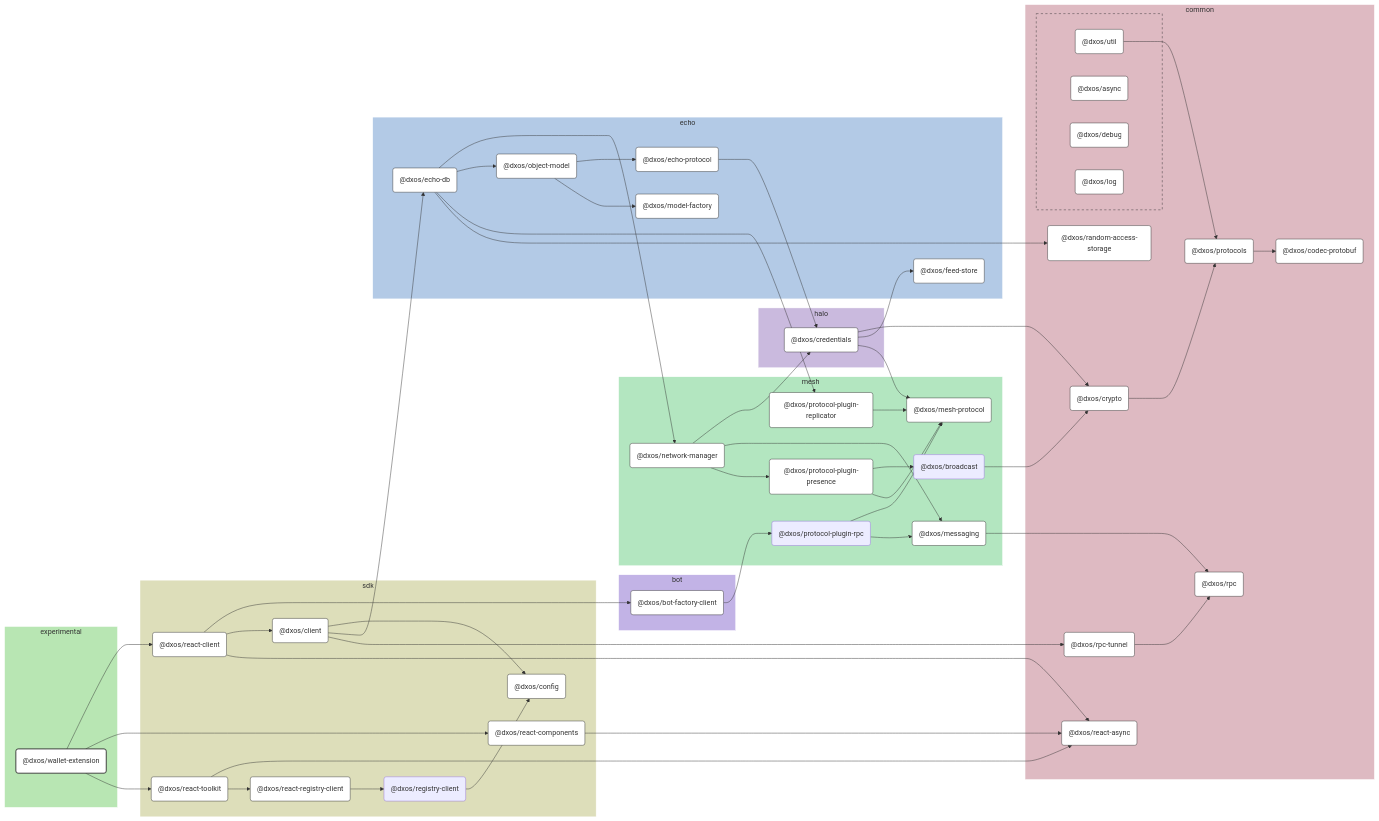
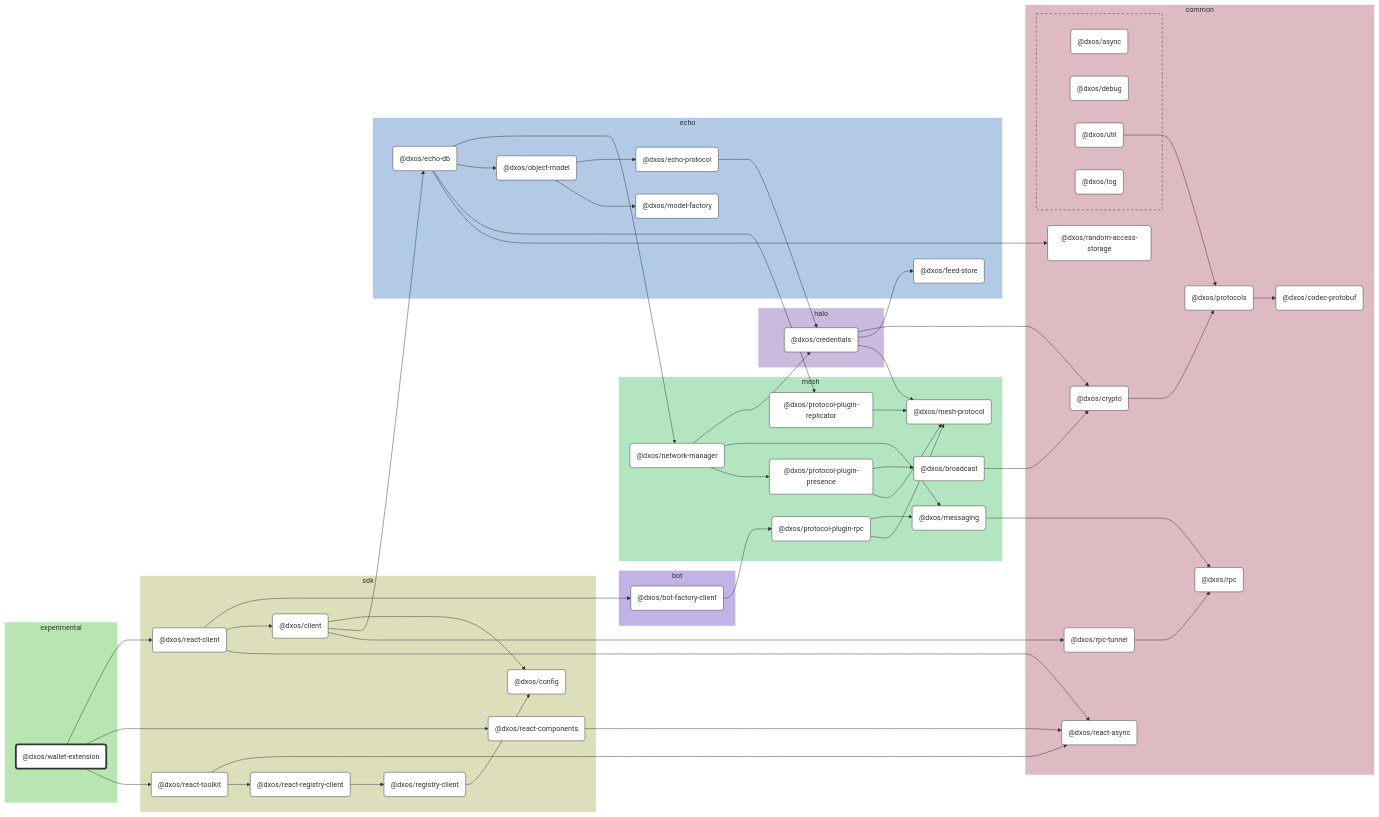
Before and after one commit to dxos/dxos: the diagram in apps/experimental/wallet-extension/docs/README.md, drawn with Mermaid. The commit also changed other lines of this file and 104 other files, not shown here.

````diff
--- a/apps/experimental/wallet-extension/docs/README.md
+++ b/apps/experimental/wallet-extension/docs/README.md
@@ -9,187 +9,149 @@
 
 flowchart LR
 
-%% Links
-dxos/bot-factory-client --> dxos/protocol-plugin-rpc;
-dxos/broadcast --> dxos/crypto;
-dxos/client --> dxos/config;
-dxos/client --> dxos/echo-db;
-dxos/client --> dxos/rpc-tunnel;
-dxos/credentials --> dxos/crypto;
-dxos/credentials --> dxos/feed-store;
-dxos/credentials --> dxos/mesh-protocol;
-dxos/crypto --> dxos/protocols;
-dxos/echo-db --> dxos/network-manager;
-dxos/echo-db --> dxos/object-model;
-dxos/echo-db --> dxos/protocol-plugin-replicator;
-dxos/echo-db --> dxos/random-access-storage;
-dxos/echo-protocol --> dxos/credentials;
-dxos/messaging --> dxos/rpc;
-dxos/network-manager --> dxos/credentials;
-dxos/network-manager --> dxos/messaging;
-dxos/network-manager --> dxos/protocol-plugin-presence;
-dxos/object-model --> dxos/echo-protocol;
-dxos/object-model --> dxos/model-factory;
-dxos/protocol-plugin-presence --> dxos/broadcast;
-dxos/protocol-plugin-presence --> dxos/mesh-protocol;
-dxos/protocol-plugin-replicator --> dxos/mesh-protocol;
-dxos/protocol-plugin-rpc --> dxos/mesh-protocol;
-dxos/protocol-plugin-rpc --> dxos/messaging;
-dxos/protocols --> dxos/codec-protobuf;
-dxos/react-client --> dxos/bot-factory-client;
-dxos/react-client --> dxos/client;
-dxos/react-client --> dxos/react-async;
-dxos/react-components --> dxos/react-async;
-dxos/react-registry-client --> dxos/registry-client;
-dxos/react-toolkit --> dxos/react-async;
-dxos/react-toolkit --> dxos/react-registry-client;
-dxos/registry-client --> dxos/config;
-dxos/rpc-tunnel --> dxos/rpc;
-dxos/util --> dxos/protocols;
-dxos/wallet-extension --> dxos/react-client;
-dxos/wallet-extension --> dxos/react-components;
-dxos/wallet-extension --> dxos/react-toolkit;
+%% Classes
+classDef def fill:#fff,stroke:#333,stroke-width:1px
+classDef root fill:#fff,stroke:#333,stroke-width:4px
 
-%% Sections
-subgraph experimental
-  style experimental fill:#b8e6b3,stroke:#fff;
+%% Nodes
 
-  dxos/wallet-extension("@dxos/wallet-extension")
+subgraph experimental [experimental]
+  style experimental fill:#b8e6b3,stroke:#fff
+  dxos/wallet-extension("@dxos/wallet-extension"):::root
+  click dxos/wallet-extension "dxos/dxos/tree/main/apps/experimental/wallet-extension/docs"
 end
 
-subgraph common
-  style common fill:#debac2,stroke:#fff;
-
-  dxos/codec-protobuf("@dxos/codec-protobuf")
-  dxos/crypto("@dxos/crypto")
-  dxos/protocols("@dxos/protocols")
-  dxos/random-access-storage("@dxos/random-access-storage")
-  dxos/react-async("@dxos/react-async")
-  dxos/rpc("@dxos/rpc")
-  dxos/rpc-tunnel("@dxos/rpc-tunnel")
+subgraph common [common]
+  style common fill:#debac2,stroke:#fff
+  dxos/codec-protobuf("@dxos/codec-protobuf"):::def
+  click dxos/codec-protobuf "dxos/dxos/tree/main/packages/common/codec-protobuf/docs"
+  dxos/protocols("@dxos/protocols"):::def
+  click dxos/protocols "dxos/dxos/tree/main/packages/common/protocols/docs"
+  dxos/crypto("@dxos/crypto"):::def
+  click dxos/crypto "dxos/dxos/tree/main/packages/common/crypto/docs"
+  dxos/rpc("@dxos/rpc"):::def
+  click dxos/rpc "dxos/dxos/tree/main/packages/common/rpc/docs"
+  dxos/random-access-storage("@dxos/random-access-storage"):::def
+  click dxos/random-access-storage "dxos/dxos/tree/main/packages/common/random-access-storage/docs"
+  dxos/rpc-tunnel("@dxos/rpc-tunnel"):::def
+  click dxos/rpc-tunnel "dxos/dxos/tree/main/packages/common/rpc-tunnel/docs"
+  dxos/react-async("@dxos/react-async"):::def
+  click dxos/react-async "dxos/dxos/tree/main/packages/common/react-async/docs"
 
   subgraph common-excluded [ ]
-    style common-excluded fill:#debac2,stroke:#333,stroke-dasharray:5 5;
-
-    dxos/async("@dxos/async")
-    dxos/debug("@dxos/debug")
-    dxos/log("@dxos/log")
-    dxos/util("@dxos/util")
+    style common-excluded fill:#debac2,stroke:#333,stroke-dasharray:5 5
+    dxos/async("@dxos/async"):::def
+    click dxos/async "dxos/dxos/tree/main/packages/common/async/docs"
+    dxos/debug("@dxos/debug"):::def
+    click dxos/debug "dxos/dxos/tree/main/packages/common/debug/docs"
+    dxos/util("@dxos/util"):::def
+    click dxos/util "dxos/dxos/tree/main/packages/common/util/docs"
+    dxos/log("@dxos/log"):::def
+    click dxos/log "dxos/dxos/tree/main/packages/common/log/docs"
   end
 end
 
-subgraph sdk
-  style sdk fill:#dddeba,stroke:#fff;
-
-  dxos/client("@dxos/client")
-  dxos/config("@dxos/config")
-  dxos/react-client("@dxos/react-client")
-  dxos/react-components("@dxos/react-components")
-  dxos/react-registry-client("@dxos/react-registry-client")
-  dxos/react-toolkit("@dxos/react-toolkit")
-  dxos/registry-client("@dxos/registry-client")
+subgraph sdk [sdk]
+  style sdk fill:#dddeba,stroke:#fff
+  dxos/client("@dxos/client"):::def
+  click dxos/client "dxos/dxos/tree/main/packages/sdk/client/docs"
+  dxos/config("@dxos/config"):::def
+  click dxos/config "dxos/dxos/tree/main/packages/sdk/config/docs"
+  dxos/react-client("@dxos/react-client"):::def
+  click dxos/react-client "dxos/dxos/tree/main/packages/sdk/react-client/docs"
+  dxos/react-components("@dxos/react-components"):::def
+  click dxos/react-components "dxos/dxos/tree/main/packages/sdk/react-components/docs"
+  dxos/react-toolkit("@dxos/react-toolkit"):::def
+  click dxos/react-toolkit "dxos/dxos/tree/main/packages/sdk/react-toolkit/docs"
+  dxos/react-registry-client("@dxos/react-registry-client"):::def
+  click dxos/react-registry-client "dxos/dxos/tree/main/packages/sdk/react-registry-client/docs"
+  dxos/registry-client("@dxos/registry-client"):::def
+  click dxos/registry-client "dxos/dxos/tree/main/packages/sdk/registry-client/docs"
 end
 
-subgraph echo
-  style echo fill:#b3cae6,stroke:#fff;
-
-  dxos/echo-db("@dxos/echo-db")
-  dxos/echo-protocol("@dxos/echo-protocol")
-  dxos/feed-store("@dxos/feed-store")
-  dxos/model-factory("@dxos/model-factory")
-  dxos/object-model("@dxos/object-model")
+subgraph echo [echo]
+  style echo fill:#b3cae6,stroke:#fff
+  dxos/echo-db("@dxos/echo-db"):::def
+  click dxos/echo-db "dxos/dxos/tree/main/packages/echo/echo-db/docs"
+  dxos/feed-store("@dxos/feed-store"):::def
+  click dxos/feed-store "dxos/dxos/tree/main/packages/echo/feed-store/docs"
+  dxos/echo-protocol("@dxos/echo-protocol"):::def
+  click dxos/echo-protocol "dxos/dxos/tree/main/packages/echo/echo-protocol/docs"
+  dxos/model-factory("@dxos/model-factory"):::def
+  click dxos/model-factory "dxos/dxos/tree/main/packages/echo/model-factory/docs"
+  dxos/object-model("@dxos/object-model"):::def
+  click dxos/object-model "dxos/dxos/tree/main/packages/echo/object-model/docs"
 end
 
-subgraph halo
-  style halo fill:#cabade,stroke:#fff;
-
-  dxos/credentials("@dxos/credentials")
+subgraph halo [halo]
+  style halo fill:#cabade,stroke:#fff
+  dxos/credentials("@dxos/credentials"):::def
+  click dxos/credentials "dxos/dxos/tree/main/packages/halo/credentials/docs"
 end
 
-subgraph mesh
-  style mesh fill:#b3e6c0,stroke:#fff;
-
-  dxos/broadcast("@dxos/broadcast")
-  dxos/mesh-protocol("@dxos/mesh-protocol")
-  dxos/messaging("@dxos/messaging")
-  dxos/network-manager("@dxos/network-manager")
-  dxos/protocol-plugin-presence("@dxos/protocol-plugin-presence")
-  dxos/protocol-plugin-replicator("@dxos/protocol-plugin-replicator")
-  dxos/protocol-plugin-rpc("@dxos/protocol-plugin-rpc")
+subgraph mesh [mesh]
+  style mesh fill:#b3e6c0,stroke:#fff
+  dxos/mesh-protocol("@dxos/mesh-protocol"):::def
+  click dxos/mesh-protocol "dxos/dxos/tree/main/packages/mesh/mesh-protocol/docs"
+  dxos/messaging("@dxos/messaging"):::def
+  click dxos/messaging "dxos/dxos/tree/main/packages/mesh/messaging/docs"
+  dxos/network-manager("@dxos/network-manager"):::def
+  click dxos/network-manager "dxos/dxos/tree/main/packages/mesh/network-manager/docs"
+  dxos/protocol-plugin-presence("@dxos/protocol-plugin-presence"):::def
+  click dxos/protocol-plugin-presence "dxos/dxos/tree/main/packages/mesh/protocol-plugin-presence/docs"
+  dxos/broadcast("@dxos/broadcast"):::def
+  click dxos/broadcast "dxos/dxos/tree/main/packages/mesh/broadcast/docs"
+  dxos/protocol-plugin-replicator("@dxos/protocol-plugin-replicator"):::def
+  click dxos/protocol-plugin-replicator "dxos/dxos/tree/main/packages/mesh/protocol-plugin-replicator/docs"
+  dxos/protocol-plugin-rpc("@dxos/protocol-plugin-rpc"):::def
+  click dxos/protocol-plugin-rpc "dxos/dxos/tree/main/packages/mesh/protocol-plugin-rpc/docs"
 end
 
-subgraph bot
-  style bot fill:#c2b3e6,stroke:#fff;
-
-  dxos/bot-factory-client("@dxos/bot-factory-client")
+subgraph bot [bot]
+  style bot fill:#c2b3e6,stroke:#fff
+  dxos/bot-factory-client("@dxos/bot-factory-client"):::def
+  click dxos/bot-factory-client "dxos/dxos/tree/main/packages/bot/bot-factory-client/docs"
 end
 
-
-%% Hyperlinks
-click dxos/async "dxos/dxos/tree/main/packages/common/async/docs";
-click dxos/bot-factory-client "dxos/dxos/tree/main/packages/bot/bot-factory-client/docs";
-click dxos/client "dxos/dxos/tree/main/packages/sdk/client/docs";
-click dxos/codec-protobuf "dxos/dxos/tree/main/packages/common/codec-protobuf/docs";
-click dxos/config "dxos/dxos/tree/main/packages/sdk/config/docs";
-click dxos/credentials "dxos/dxos/tree/main/packages/halo/credentials/docs";
-click dxos/crypto "dxos/dxos/tree/main/packages/common/crypto/docs";
-click dxos/debug "dxos/dxos/tree/main/packages/common/debug/docs";
-click dxos/echo-db "dxos/dxos/tree/main/packages/echo/echo-db/docs";
-click dxos/echo-protocol "dxos/dxos/tree/main/packages/echo/echo-protocol/docs";
-click dxos/feed-store "dxos/dxos/tree/main/packages/echo/feed-store/docs";
-click dxos/log "dxos/dxos/tree/main/packages/common/log/docs";
-click dxos/mesh-protocol "dxos/dxos/tree/main/packages/mesh/mesh-protocol/docs";
-click dxos/messaging "dxos/dxos/tree/main/packages/mesh/messaging/docs";
-click dxos/model-factory "dxos/dxos/tree/main/packages/echo/model-factory/docs";
-click dxos/network-manager "dxos/dxos/tree/main/packages/mesh/network-manager/docs";
-click dxos/object-model "dxos/dxos/tree/main/packages/echo/object-model/docs";
-click dxos/protocol-plugin-presence "dxos/dxos/tree/main/packages/mesh/protocol-plugin-presence/docs";
-click dxos/protocol-plugin-replicator "dxos/dxos/tree/main/packages/mesh/protocol-plugin-replicator/docs";
-click dxos/protocols "dxos/dxos/tree/main/packages/common/protocols/docs";
-click dxos/random-access-storage "dxos/dxos/tree/main/packages/common/random-access-storage/docs";
-click dxos/react-async "dxos/dxos/tree/main/packages/common/react-async/docs";
-click dxos/react-client "dxos/dxos/tree/main/packages/sdk/react-client/docs";
-click dxos/react-components "dxos/dxos/tree/main/packages/sdk/react-components/docs";
-click dxos/react-registry-client "dxos/dxos/tree/main/packages/sdk/react-registry-client/docs";
-click dxos/react-toolkit "dxos/dxos/tree/main/packages/sdk/react-toolkit/docs";
-click dxos/rpc "dxos/dxos/tree/main/packages/common/rpc/docs";
-click dxos/rpc-tunnel "dxos/dxos/tree/main/packages/common/rpc-tunnel/docs";
-click dxos/util "dxos/dxos/tree/main/packages/common/util/docs";
-
-%% Styles
-classDef rootNode fill:#fff,stroke:#333,stroke-width:2px
-classDef defaultNode fill:#fff,stroke:#333,stroke-width:1px
+%% Links
 linkStyle default stroke:#333,stroke-width:1px
-
-dxos/wallet-extension:::rootNode
-
-dxos/async:::defaultNode
-dxos/bot-factory-client:::defaultNode
-dxos/client:::defaultNode
-dxos/codec-protobuf:::defaultNode
-dxos/config:::defaultNode
-dxos/credentials:::defaultNode
-dxos/crypto:::defaultNode
-dxos/debug:::defaultNode
-dxos/echo-db:::defaultNode
-dxos/echo-protocol:::defaultNode
-dxos/feed-store:::defaultNode
-dxos/log:::defaultNode
-dxos/mesh-protocol:::defaultNode
-dxos/messaging:::defaultNode
-dxos/model-factory:::defaultNode
-dxos/network-manager:::defaultNode
-dxos/object-model:::defaultNode
-dxos/protocol-plugin-presence:::defaultNode
-dxos/protocol-plugin-replicator:::defaultNode
-dxos/protocols:::defaultNode
-dxos/random-access-storage:::defaultNode
-dxos/react-async:::defaultNode
-dxos/react-client:::defaultNode
-dxos/react-components:::defaultNode
-dxos/react-registry-client:::defaultNode
-dxos/react-toolkit:::defaultNode
-dxos/rpc:::defaultNode
-dxos/rpc-tunnel:::defaultNode
-dxos/util:::defaultNode
+dxos/client --> dxos/config
+dxos/protocols --> dxos/codec-protobuf
+dxos/util --> dxos/protocols
+dxos/client --> dxos/echo-db
+dxos/credentials --> dxos/crypto
+dxos/crypto --> dxos/protocols
+dxos/credentials --> dxos/feed-store
+dxos/credentials --> dxos/mesh-protocol
+dxos/echo-protocol --> dxos/credentials
+dxos/messaging --> dxos/rpc
+dxos/echo-db --> dxos/network-manager
+dxos/network-manager --> dxos/credentials
+dxos/network-manager --> dxos/messaging
+dxos/network-manager --> dxos/protocol-plugin-presence
+dxos/protocol-plugin-presence --> dxos/broadcast
+dxos/broadcast --> dxos/crypto
+dxos/protocol-plugin-presence --> dxos/mesh-protocol
+dxos/echo-db --> dxos/object-model
+dxos/object-model --> dxos/echo-protocol
+dxos/object-model --> dxos/model-factory
+dxos/echo-db --> dxos/protocol-plugin-replicator
+dxos/protocol-plugin-replicator --> dxos/mesh-protocol
+dxos/echo-db --> dxos/random-access-storage
+dxos/client --> dxos/rpc-tunnel
+dxos/rpc-tunnel --> dxos/rpc
+dxos/wallet-extension --> dxos/react-client
+dxos/react-client --> dxos/bot-factory-client
+dxos/bot-factory-client --> dxos/protocol-plugin-rpc
+dxos/protocol-plugin-rpc --> dxos/messaging
+dxos/protocol-plugin-rpc --> dxos/mesh-protocol
+dxos/react-client --> dxos/client
+dxos/react-client --> dxos/react-async
+dxos/wallet-extension --> dxos/react-components
+dxos/react-components --> dxos/react-async
+dxos/wallet-extension --> dxos/react-toolkit
+dxos/react-toolkit --> dxos/react-async
+dxos/react-toolkit --> dxos/react-registry-client
+dxos/react-registry-client --> dxos/registry-client
+dxos/registry-client --> dxos/config
 ```
````
